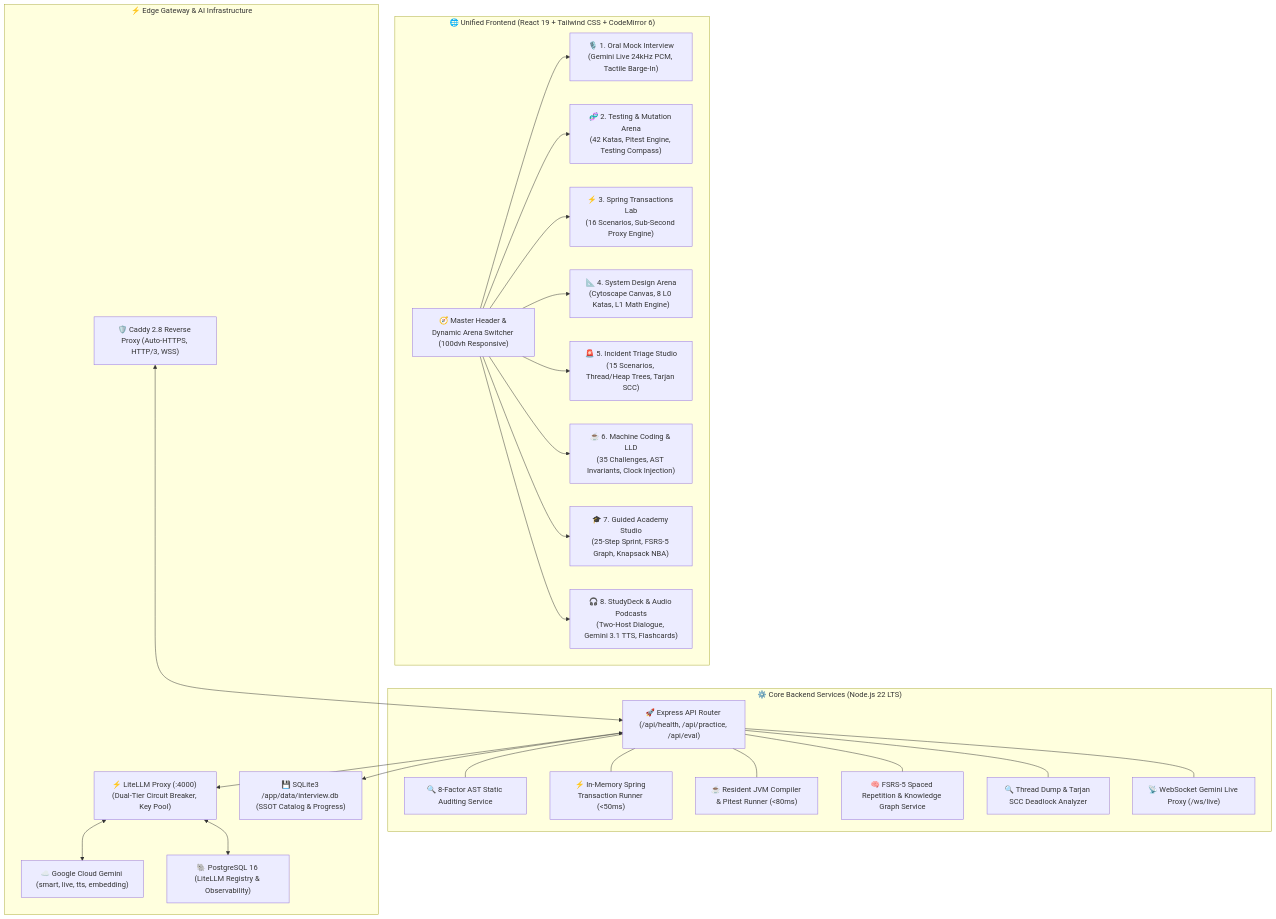
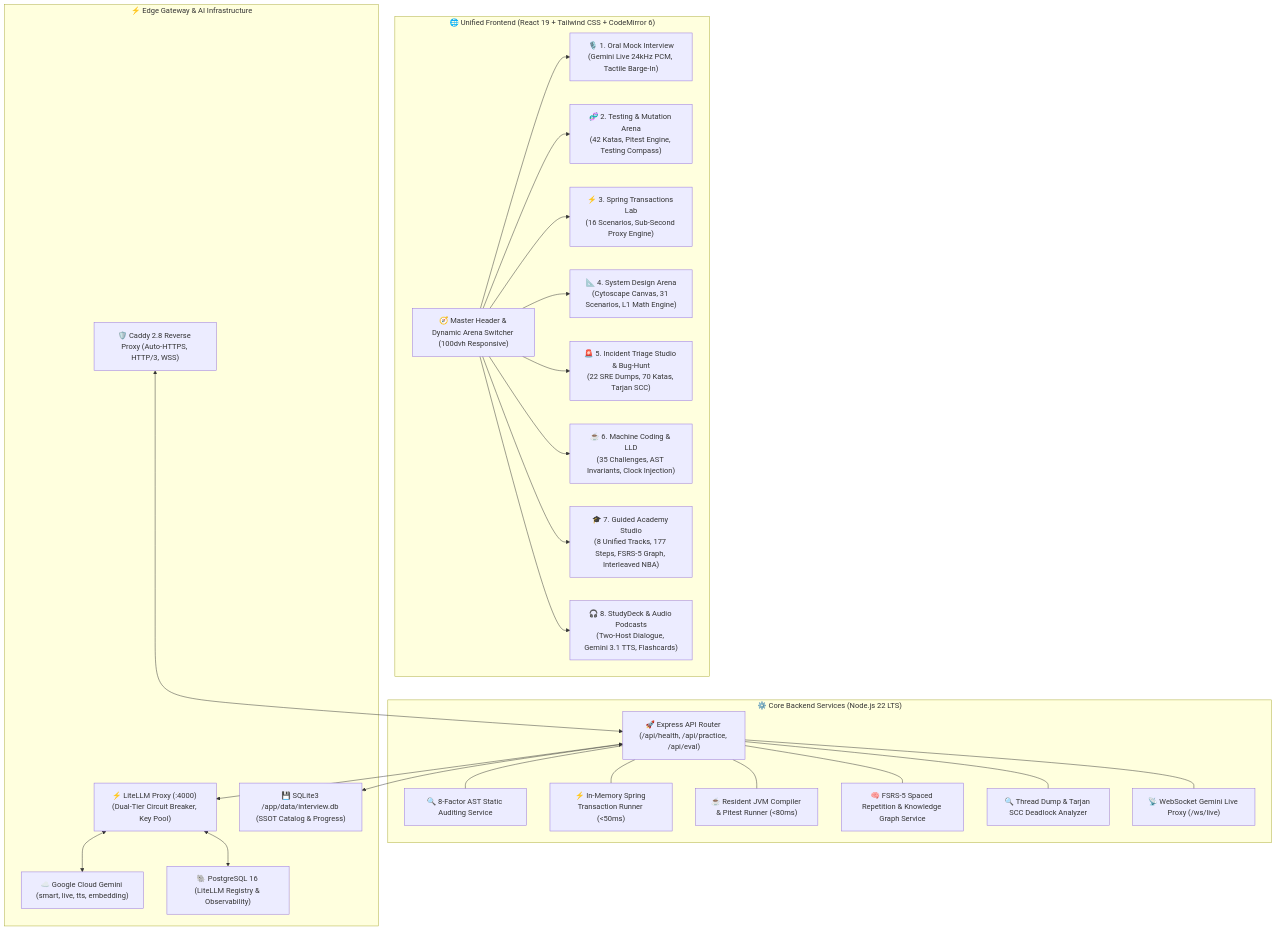
One commit to iliaIz/interview_tutor changed the first of 12 diagrams in docs/architecture.md. Above: the diagram before and after it, drawn with Mermaid. The commit also changed other lines of this file and 6 other files, not shown here.

````diff
--- a/docs/architecture.md
+++ b/docs/architecture.md
@@ -16,48 +16,48 @@
 ```mermaid
 flowchart TD
     subgraph UI ["🌐 Unified Frontend (React 19 + Tailwind CSS + CodeMirror 6)"]
         Nav["🧭 Master Header & Dynamic Arena Switcher (100dvh Responsive)"]
         
         P1["🎙️ 1. Oral Mock Interview\n(Gemini Live 24kHz PCM, Tactile Barge-In)"]
         P2["🧬 2. Testing & Mutation Arena\n(42 Katas, Pitest Engine, Testing Compass)"]
         P3["⚡ 3. Spring Transactions Lab\n(16 Scenarios, Sub-Second Proxy Engine)"]
-        P4["📐 4. System Design Arena\n(Cytoscape Canvas, 8 L0 Katas, L1 Math Engine)"]
-        P5["🚨 5. Incident Triage Studio\n(15 Scenarios, Thread/Heap Trees, Tarjan SCC)"]
+        P4["📐 4. System Design Arena\n(Cytoscape Canvas, 31 Scenarios, L1 Math Engine)"]
+        P5["🚨 5. Incident Triage Studio & Bug-Hunt\n(22 SRE Dumps, 70 Katas, Tarjan SCC)"]
         P6["☕ 6. Machine Coding & LLD\n(35 Challenges, AST Invariants, Clock Injection)"]
-        P7["🎓 7. Guided Academy Studio\n(25-Step Sprint, FSRS-5 Graph, Knapsack NBA)"]
+        P7["🎓 7. Guided Academy Studio\n(8 Unified Tracks, 177 Steps, FSRS-5 Graph, Interleaved NBA)"]
         P8["🎧 8. StudyDeck & Audio Podcasts\n(Two-Host Dialogue, Gemini 3.1 TTS, Flashcards)"]
         
         Nav --> P1 & P2 & P3 & P4 & P5 & P6 & P7 & P8
     end
 
     subgraph Core ["⚙️ Core Backend Services (Node.js 22 LTS)"]
         API["🚀 Express API Router (/api/health, /api/practice, /api/eval)"]
         AST["🔍 8-Factor AST Static Auditing Service"]
         ProxyRunner["⚡ In-Memory Spring Transaction Runner (<50ms)"]
         JVMRunner["☕ Resident JVM Compiler & Pitest Runner (<80ms)"]
         FSRSEngine["🧠 FSRS-5 Spaced Repetition & Knowledge Graph Service"]
         IncidentEngine["🔍 Thread Dump & Tarjan SCC Deadlock Analyzer"]
         LiveWS["📡 WebSocket Gemini Live Proxy (/ws/live)"]
         
         API --- AST
         API --- ProxyRunner
         API --- JVMRunner
         API --- FSRSEngine
         API --- IncidentEngine
         API --- LiveWS
     end
 
     subgraph Edge ["⚡ Edge Gateway & AI Infrastructure"]
         Caddy["🛡️ Caddy 2.8 Reverse Proxy (Auto-HTTPS, HTTP/3, WSS)"]
         LiteLLM["⚡ LiteLLM Proxy (:4000) (Dual-Tier Circuit Breaker, Key Pool)"]
         GeminiCloud["☁️ Google Cloud Gemini (smart, live, tts, embedding)"]
         SQLiteDB["💾 SQLite3 /app/data/interview.db (SSOT Catalog & Progress)"]
         PostgresDB["🐘 PostgreSQL 16 (LiteLLM Registry & Observability)"]
         
         Caddy <--> API
         API <--> LiteLLM
         API <--> SQLiteDB
         LiteLLM <--> PostgresDB
         LiteLLM <--> GeminiCloud
     end
 ```
````
